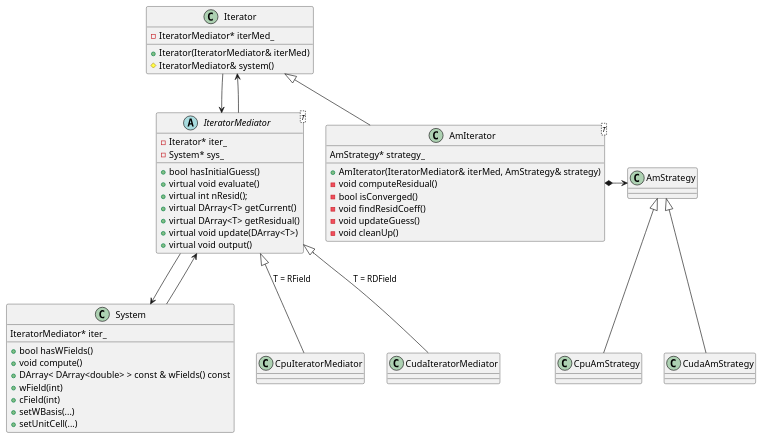
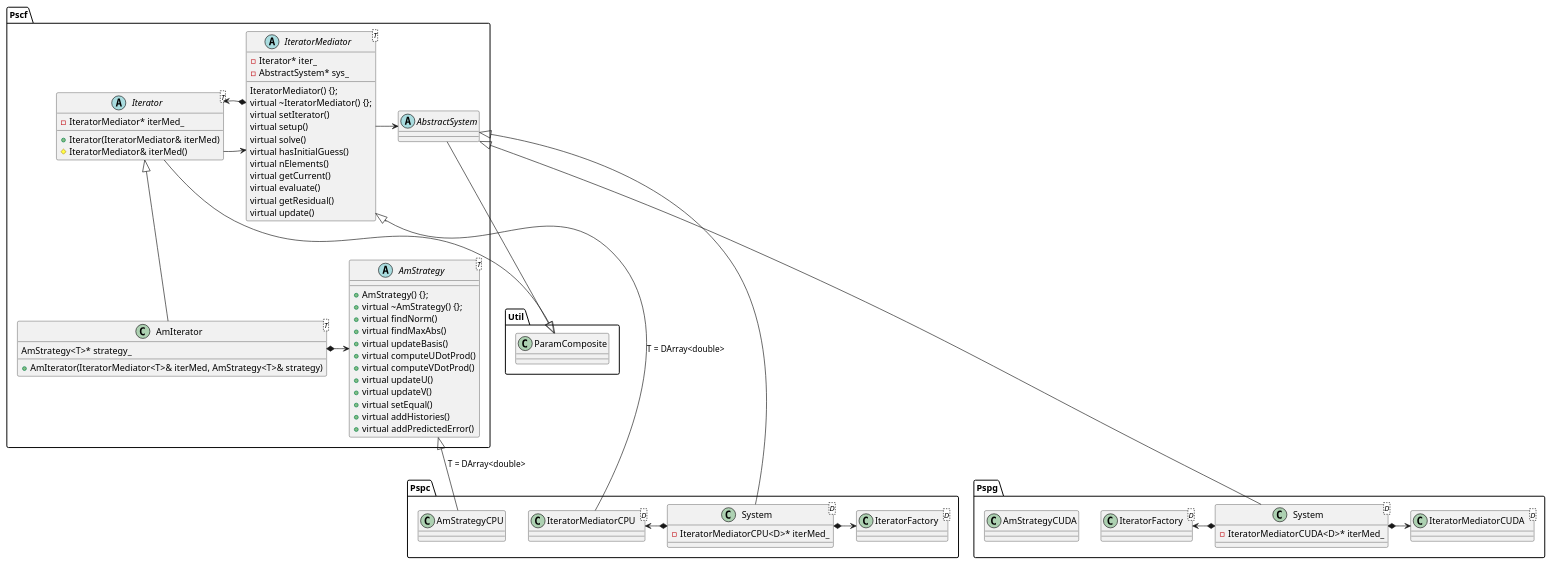
The diagram in src/draft/diagrams/AmIterator_new.wsd (dmorse/pscfpp), drawn with PlantUML before and after one commit. The commit also changed 5 other files, not shown here.

```diff
--- a/src/draft/diagrams/AmIterator_new.wsd
+++ b/src/draft/diagrams/AmIterator_new.wsd
@@ -1,121 +1,91 @@
 @startuml
 
-class System
-System : IteratorMediator* iter_
+namespace Pscf {
+   abstract class AbstractSystem
+   abstract class Iterator<T>
+   class AmIterator<T>
+   abstract class IteratorMediator<T>
+   abstract class AmStrategy<T>
+}
 
-System : + bool hasWFields()
-System : + void compute()
-System : + DArray< DArray<double> > const & wFields() const
-System : + wField(int)
-System : + cField(int)
-System : + setWBasis(...)
-System : + setUnitCell(...)
+namespace Pspc {
+   class System<D>
+   class IteratorFactory<D>
+   class AmStrategyCPU
+   class IteratorMediatorCPU<D>
+}
 
-' class UnitCell
-' UnitCell : + int nParameter()
-' UnitCell : + FSArray<double, 6> parameters() const
+namespace Pspg {
+   class System<D>
+   class IteratorFactory<D>
+   class AmStrategyCUDA
+   class IteratorMediatorCUDA<D>
+}
 
-' class Mixture
-' Mixture : + int nMonomer()
-' Mixture : + void computeStress()
-' Mixture : + double stress(int nParameter)
+Pscf.AmStrategy : + AmStrategy() {};
+Pscf.AmStrategy : + virtual ~AmStrategy() {};       
+Pscf.AmStrategy : + virtual findNorm()
+Pscf.AmStrategy : + virtual findMaxAbs()
+Pscf.AmStrategy : + virtual updateBasis()
+Pscf.AmStrategy : + virtual computeUDotProd()
+Pscf.AmStrategy : + virtual computeVDotProd()
+Pscf.AmStrategy : + virtual updateU()
+Pscf.AmStrategy : + virtual updateV()
+Pscf.AmStrategy : + virtual setEqual()
+Pscf.AmStrategy : + virtual addHistories()
+Pscf.AmStrategy : + virtual addPredictedError()
 
-' class Basis
-' Basis : + int nBasis()
+Pscf.IteratorMediator : IteratorMediator() {};
+Pscf.IteratorMediator : virtual ~IteratorMediator() {}; 
+Pscf.IteratorMediator : virtual setIterator()
+Pscf.IteratorMediator : virtual setup()
+Pscf.IteratorMediator : virtual solve()
+Pscf.IteratorMediator : virtual hasInitialGuess() 
+Pscf.IteratorMediator : virtual nElements()
+Pscf.IteratorMediator : virtual getCurrent()
+Pscf.IteratorMediator : virtual evaluate()
+Pscf.IteratorMediator : virtual getResidual()
+Pscf.IteratorMediator : virtual update()
 
-' class Interaction
-' Interaction : + chi(int, int)
-' Interaction : + idemp(int, int)
+Pscf.IteratorMediator : - Iterator* iter_
+Pscf.IteratorMediator : - AbstractSystem* sys_
 
-class AmStrategy 
-class CpuAmStrategy
-class CudaAmStrategy
+Pspc.System : - IteratorMediatorCPU<D>* iterMed_
+Pspg.System : - IteratorMediatorCUDA<D>* iterMed_
 
-abstract class IteratorMediator<T>
-IteratorMediator : - Iterator* iter_
-IteratorMediator : - System* sys_
-IteratorMediator : + bool hasInitialGuess()
-' perhaps evaluate should actually return something? this might be more general. hmmm.
-IteratorMediator : + virtual void evaluate()
-IteratorMediator : + virtual int nResid();
-IteratorMediator : + virtual DArray<T> getCurrent()
-IteratorMediator : + virtual DArray<T> getResidual()
-IteratorMediator : + virtual void update(DArray<T>)
-IteratorMediator : + virtual void output()
 
-class CpuIteratorMediator
-class CudaIteratorMediator
+Pscf.Iterator : + Iterator(IteratorMediator& iterMed)
+Pscf.Iterator : # IteratorMediator& iterMed()
+Pscf.Iterator : - IteratorMediator* iterMed_
 
-class Iterator
-' Iterator public
-Iterator : + Iterator(IteratorMediator& iterMed)
-' Iterator : + virtual void setup() = 0
-' Iterator : + virtual int solve() = 0
-' Iterator : + bool isFlexible() const
-' ' Iterator protected 
-' Iterator : # bool isFlexible_
-Iterator : # IteratorMediator& system()
-' Iterator private
-Iterator : - IteratorMediator* iterMed_
+Pscf.AmIterator : + AmIterator(IteratorMediator<T>& iterMed, AmStrategy<T>& strategy)
+Pscf.AmIterator : AmStrategy<T>* strategy_
 
 
 
-class AmIterator<T>
-AmIterator : + AmIterator(IteratorMediator& iterMed, AmStrategy& strategy)
-' AmIterator : + ~AmIterator()
-' AmIterator : + void readParameters(std::istream& in)
-' AmIterator : + void setup()
-' AmIterator : + int solve()
-' AmIterator : + double epsilon()
-' AmIterator : + int maxHist()
-' AmIterator : + int maxItr()
-' AmIterator : - double epsilon_
-' AmIterator : - std::string errorType_
-' AmIterator : - int shift_
-' AmIterator : - double lambda_
-' AmIterator : - int nHist_
-' AmIterator : - int maxHist_
-' AmIterator : - int maxItr_
-' AmIterator : - int nResid_ 
-' AmIterator : - RingBuffer< DArray < DArray<double> > > resHists_
-' AmIterator : - RingBuffer< DArray < DArray<double> > > fieldHists_
-' AmIterator : - DMatrix<double> U_
-' AmIterator : - DArray<double> coeffs_
-' AmIterator : - DArray<double> v_
-' AmIterator : - DArray<DArray <double> > fieldArrays_
-' AmIterator : - DArray<DArray <double> > dArrays_
-' AmIterator : - DArray< DArray<double> > resArrays_
-AmIterator : AmStrategy* strategy_
-AmIterator : - void computeResidual()
-AmIterator : - bool isConverged()
-AmIterator : - void findResidCoeff()
-AmIterator : - void updateGuess()
-AmIterator : - void cleanUp()
-
 ' Inheritance and subclassing 
-Iterator <|-- AmIterator
-IteratorMediator <|-- CpuIteratorMediator : T = RField
-IteratorMediator <|-- CudaIteratorMediator : T = RDField
-AmStrategy <|-- CpuAmStrategy 
-AmStrategy <|-- CudaAmStrategy
+Util.ParamComposite <|-- Pscf.AbstractSystem
+Pscf.Iterator --|> Util.ParamComposite
+Pscf.AbstractSystem <|--- Pspc.System
+Pscf.AbstractSystem <|--- Pspg.System
+Pscf.Iterator <|-- Pscf.AmIterator
+Pscf.IteratorMediator <|-- Pspc.IteratorMediatorCPU : T = DArray<double>
+Pscf.AmStrategy <|-- Pspc.AmStrategyCPU : T = DArray<double>
+' Pscf.IteratorMediator <|-- Pspg.IteratorMediatorCUDA : T = DField<cudaReal>
+' Pscf.AmStrategy <|-- Pspg.AmStrategyCUDA : T = DField<cudaReal>
+' Pspg.IteratorMediatorCUDA ---|> Pscf.IteratorMediator: T = DField<cudaReal>
+' Pspg.AmStrategyCUDA ---|> Pscf.AmStrategy : T = DField<cudaReal>
 
 ' References
-AmIterator *-> AmStrategy
-IteratorMediator --> Iterator
-Iterator --> IteratorMediator
-IteratorMediator --> System
-System --> IteratorMediator
-' Domain --> UnitCell
-' Domain --> Basis
-' System --> Interaction
-' System --> Polymer
-
+Pscf.Iterator -> Pscf.IteratorMediator
+Pscf.IteratorMediator -> Pscf.AbstractSystem
 
 ' Composition
-
-' System *-> Domain 
-' System *-> Mixture
-
-
+Pscf.IteratorMediator *-> Pscf.Iterator
+Pscf.AmIterator *-> Pscf.AmStrategy
+Pspc.System *-> Pspc.IteratorMediatorCPU
+Pspc.System *-> Pspc.IteratorFactory
+Pspg.System *-> Pspg.IteratorMediatorCUDA
+Pspg.IteratorFactory <-* Pspg.System 
 
 @enduml
```
